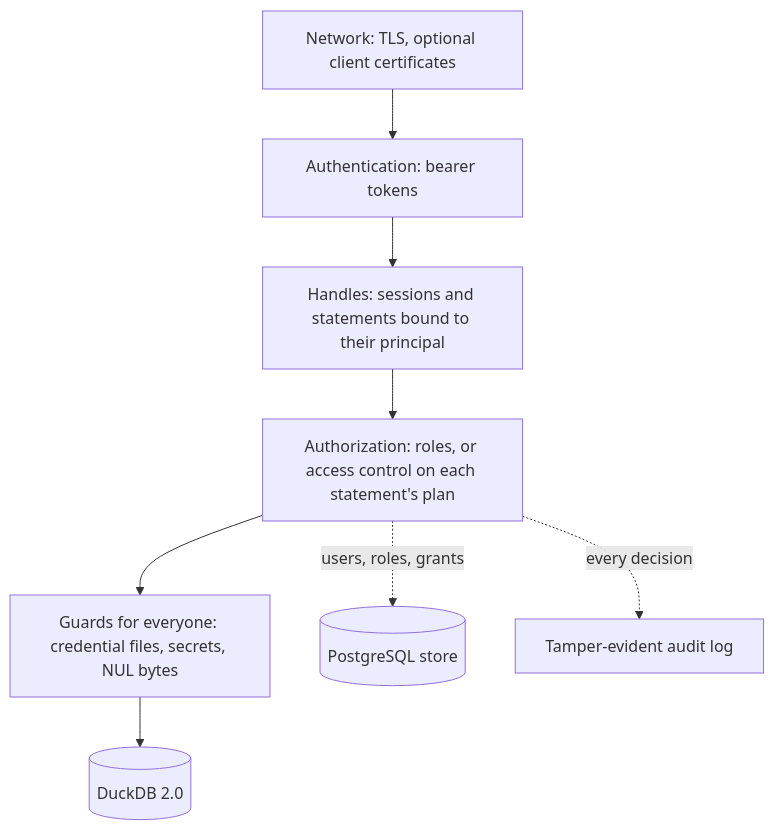
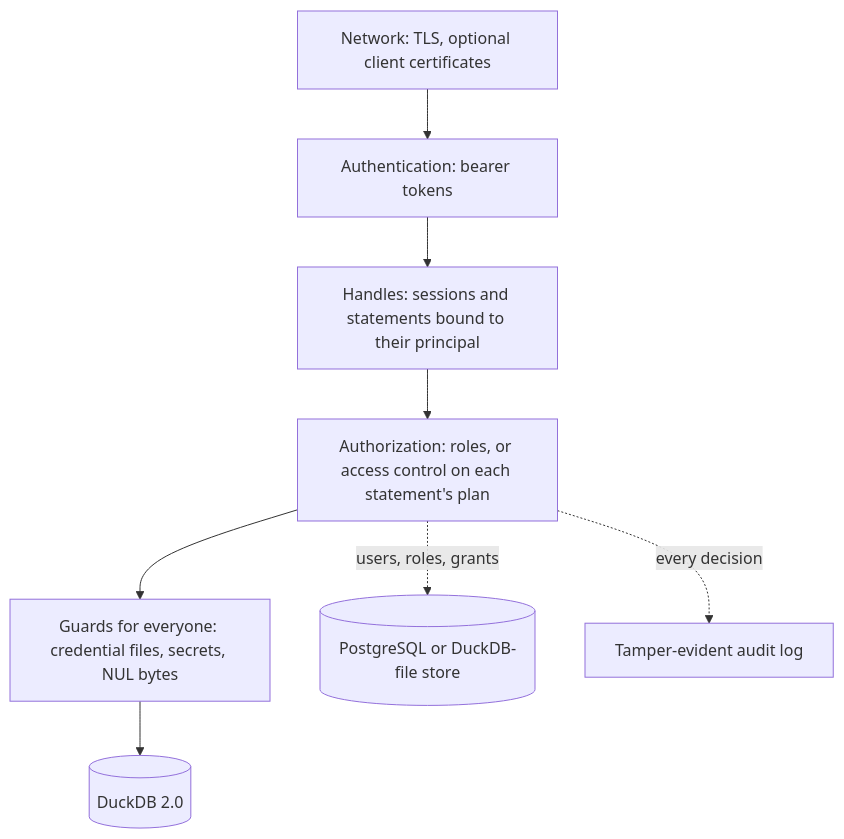
One commit to gizmodata/hardcharger-docs changed the diagram in src/content/docs/concepts/security-model.mdx. Above: the diagram before and after it, drawn with Mermaid. The commit also changed other lines of this file and 3 other files, not shown here.

First line of the commit message:
Access control: the DuckDB file store, and the guard of the server's own files

````diff
--- a/src/content/docs/concepts/security-model.mdx
+++ b/src/content/docs/concepts/security-model.mdx
@@ -14,10 +14,10 @@
 ```mermaid
 flowchart TB
   N[Network: TLS, optional client certificates] --> A[Authentication: bearer tokens]
   A --> H[Handles: sessions and statements bound to their principal]
   H --> Z[Authorization: roles, or access control on each statement's plan]
   Z --> G[Guards for everyone: credential files, secrets, NUL bytes]
   G --> D[(DuckDB 2.0)]
-  Z -. users, roles, grants .-> P[(PostgreSQL store)]
+  Z -. users, roles, grants .-> P[(PostgreSQL or DuckDB-file store)]
   Z -. every decision .-> L[Tamper-evident audit log]
 ```
````
